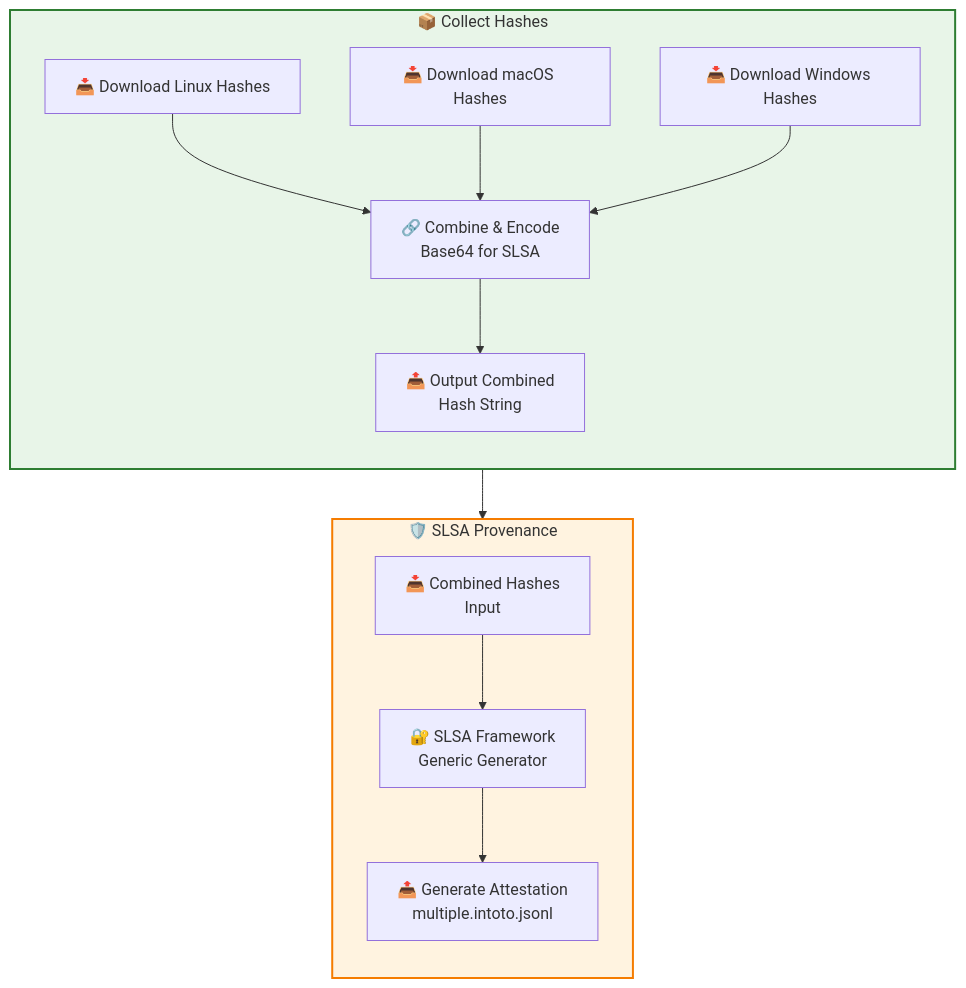
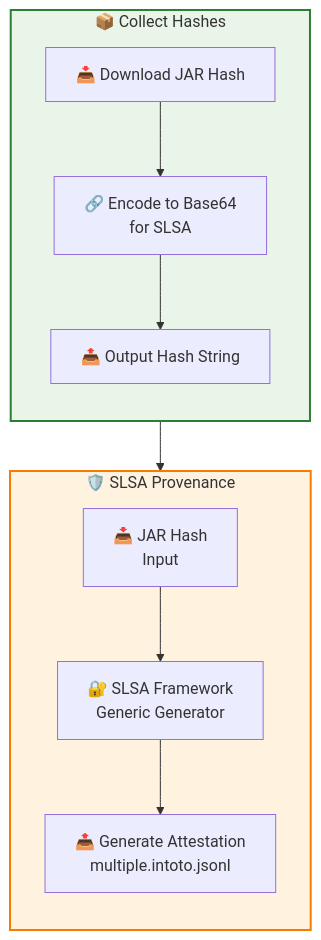
Before and after one commit to kamiazya/scopes: the fourth of 5 diagrams in docs/explanation/automated-release-process.md, drawn with Mermaid. The commit also changed other lines of this file and 36 other files, not shown here.

````diff
--- a/docs/explanation/automated-release-process.md
+++ b/docs/explanation/automated-release-process.md
@@ -119,29 +115,25 @@
 ```mermaid
 graph TB
     subgraph Collect ["📦 Collect Hashes"]
         direction TB
-        DL1[📥 Download Linux Hashes] 
-        DL2[📥 Download macOS Hashes]
-        DL3[📥 Download Windows Hashes]
-        DL1 --> Combine[🔗 Combine & Encode<br/>Base64 for SLSA]
-        DL2 --> Combine
-        DL3 --> Combine
-        Combine --> Output1[📤 Output Combined<br/>Hash String]
+        GetJARHash[📥 Download JAR Hash]
+        GetJARHash --> Encode[🔗 Encode to Base64<br/>for SLSA]
+        Encode --> Output1[📤 Output Hash String]
     end
-    
+
     subgraph Provenance ["🛡️ SLSA Provenance"]
         direction TB
-        Input[📥 Combined Hashes<br/>Input]
+        Input[📥 JAR Hash<br/>Input]
         Input --> Generator[🔐 SLSA Framework<br/>Generic Generator]
         Generator --> Attest[📤 Generate Attestation<br/>multiple.intoto.jsonl]
     end
-    
+
     Output1 --> Input
-    
-    %% Styling  
+
+    %% Styling
     classDef collectBox fill:#e8f5e8,stroke:#2e7d32,stroke-width:2px
     classDef provenanceBox fill:#fff3e0,stroke:#f57c00,stroke-width:2px
-    
+
     class Collect collectBox
     class Provenance provenanceBox
 ```
````
